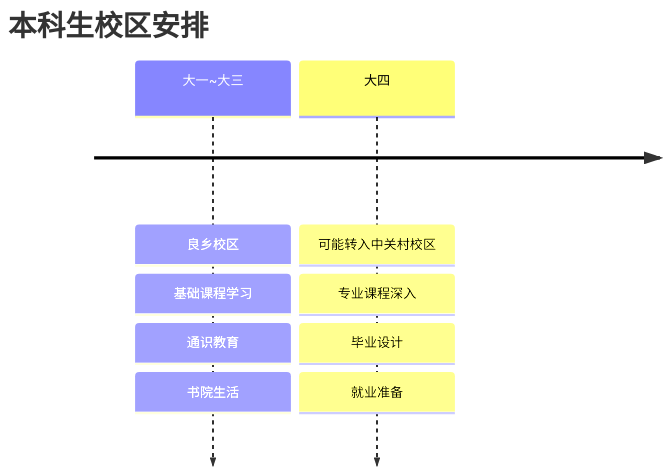
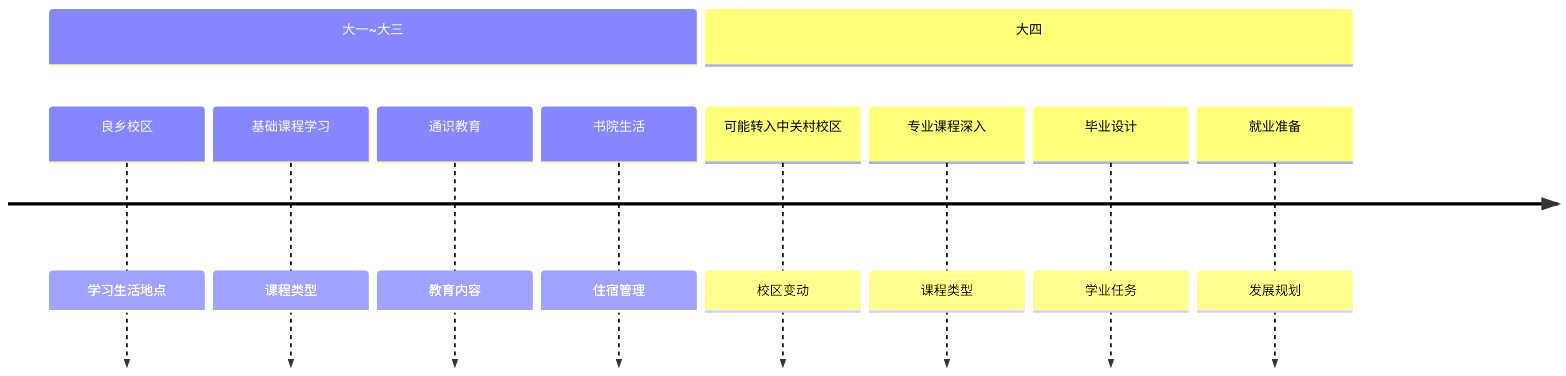
Before and after one commit to yht0511/bit-guide: the diagram in docs/school/campus.md, drawn with Mermaid. The commit also changed other lines of this file and 15 other files, not shown here.

````diff
--- a/docs/school/campus.md
+++ b/docs/school/campus.md
@@ -51,12 +53,14 @@
 ```mermaid
 timeline
-    title 本科生校区安排
-    大一~大三 : 良乡校区
-              : 基础课程学习
-              : 通识教育
-              : 书院生活
-    大四 : 可能转入中关村校区
-         : 专业课程深入
-         : 毕业设计
-         : 就业准备
+    title: 本科生校区安排
+    section 大一~大三
+        良乡校区 : 学习生活地点
+        基础课程学习 : 课程类型
+        通识教育 : 教育内容
+        书院生活 : 住宿管理
+    section 大四
+        可能转入中关村校区 : 校区变动
+        专业课程深入 : 课程类型
+        毕业设计 : 学业任务
+        就业准备 : 发展规划
 ```
````
